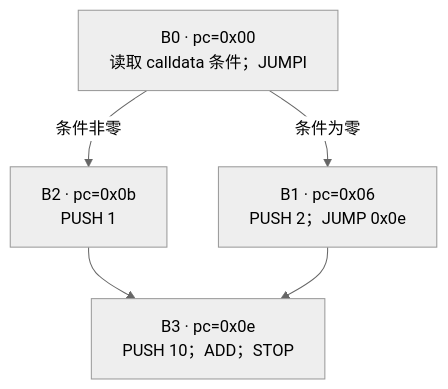
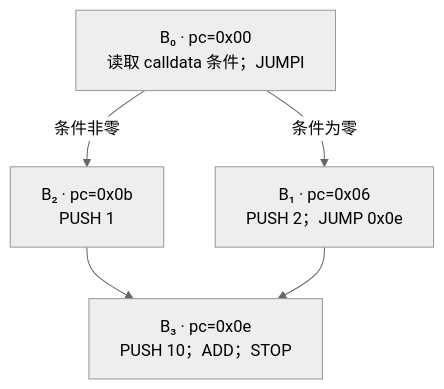
Before and after one commit to ethever/evm-abstract-lab: the first of 2 diagrams in docs/03-cfg.md, drawn with Mermaid (neutral theme). The commit also changed other lines of this file and 109 other files, not shown here.

````diff
--- a/docs/03-cfg.md
+++ b/docs/03-cfg.md
@@ -19,7 +19,7 @@
 ```mermaid
 flowchart TD
-    A["B0 · pc=0x00<br/>读取 calldata 条件；JUMPI"] -->|条件非零| B["B2 · pc=0x0b<br/>PUSH 1"]
-    A -->|条件为零| C["B1 · pc=0x06<br/>PUSH 2；JUMP 0x0e"]
-    B --> D["B3 · pc=0x0e<br/>PUSH 10；ADD；STOP"]
+    A["B₀ · pc=0x00<br/>读取 calldata 条件；JUMPI"] -->|条件非零| B["B₂ · pc=0x0b<br/>PUSH 1"]
+    A -->|条件为零| C["B₁ · pc=0x06<br/>PUSH 2；JUMP 0x0e"]
+    B --> D["B₃ · pc=0x0e<br/>PUSH 10；ADD；STOP"]
     C --> D
 ```
````
